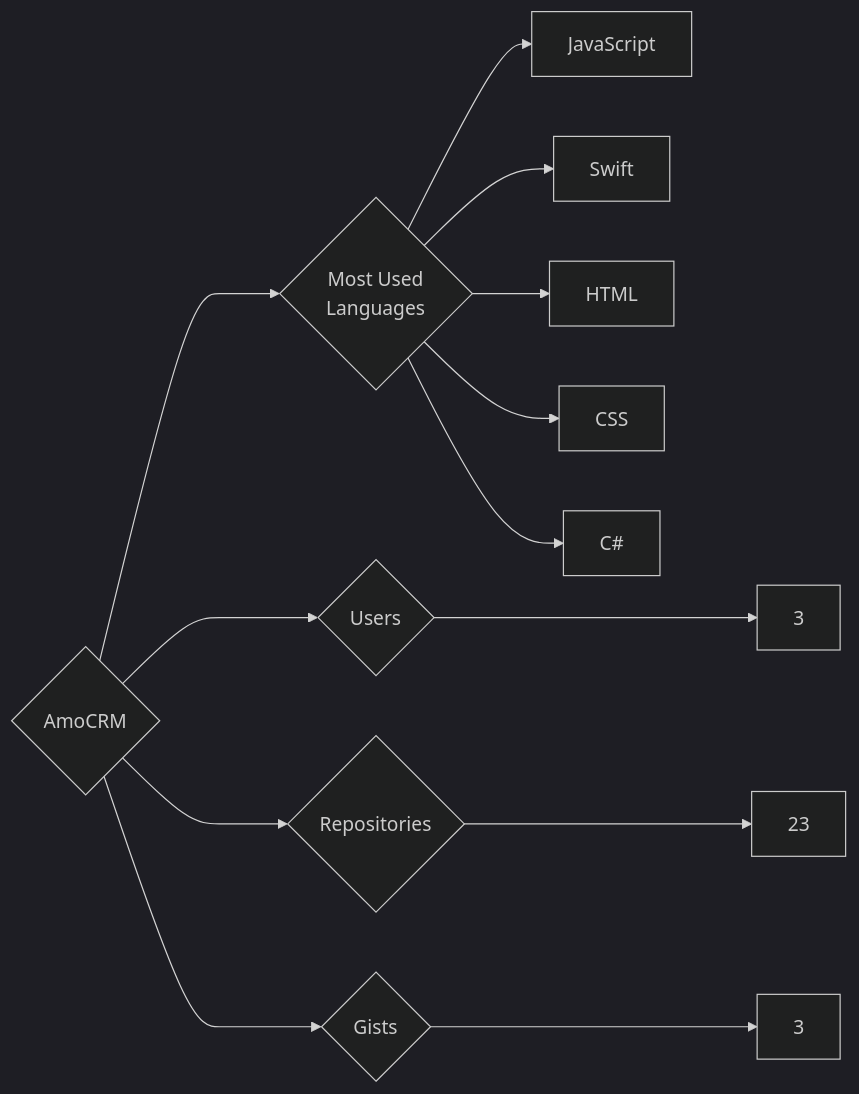
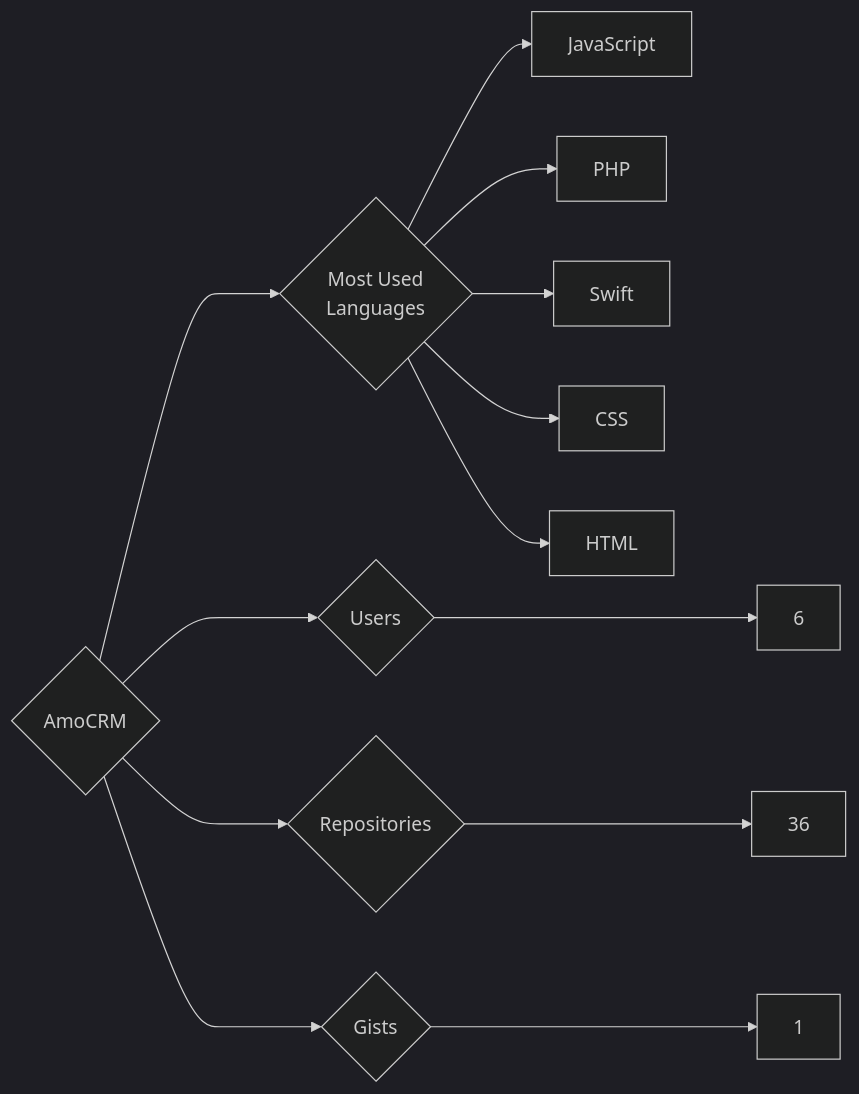
One commit to trickest/insiders changed the diagram in targets/AmoCRM/README.md. Above: the diagram before and after it, drawn with Mermaid (dark theme). The commit also changed 857 other files, not shown here.

````diff
--- a/targets/AmoCRM/README.md
+++ b/targets/AmoCRM/README.md
@@ -3,13 +3,13 @@
 ```mermaid
 graph LR
 COMPANY_NAME{AmoCRM}
-COMPANY_NAME ---> U{Users} ---> UN[3]
-COMPANY_NAME ---> R{Repositories} ---> RN[23]
-COMPANY_NAME ---> G{Gists} ---> GN[3]
+COMPANY_NAME ---> U{Users} ---> UN[6]
+COMPANY_NAME ---> R{Repositories} ---> RN[36]
+COMPANY_NAME ---> G{Gists} ---> GN[1]
 COMPANY_NAME ---> ML{Most Used<br>Languages}
 ML --> JavaScript[JavaScript]
+ML --> PHP[PHP]
 ML --> Swift[Swift]
+ML --> CSS[CSS]
 ML --> HTML[HTML]
-ML --> CSS[CSS]
-ML --> C#[C#]
 ```
````
